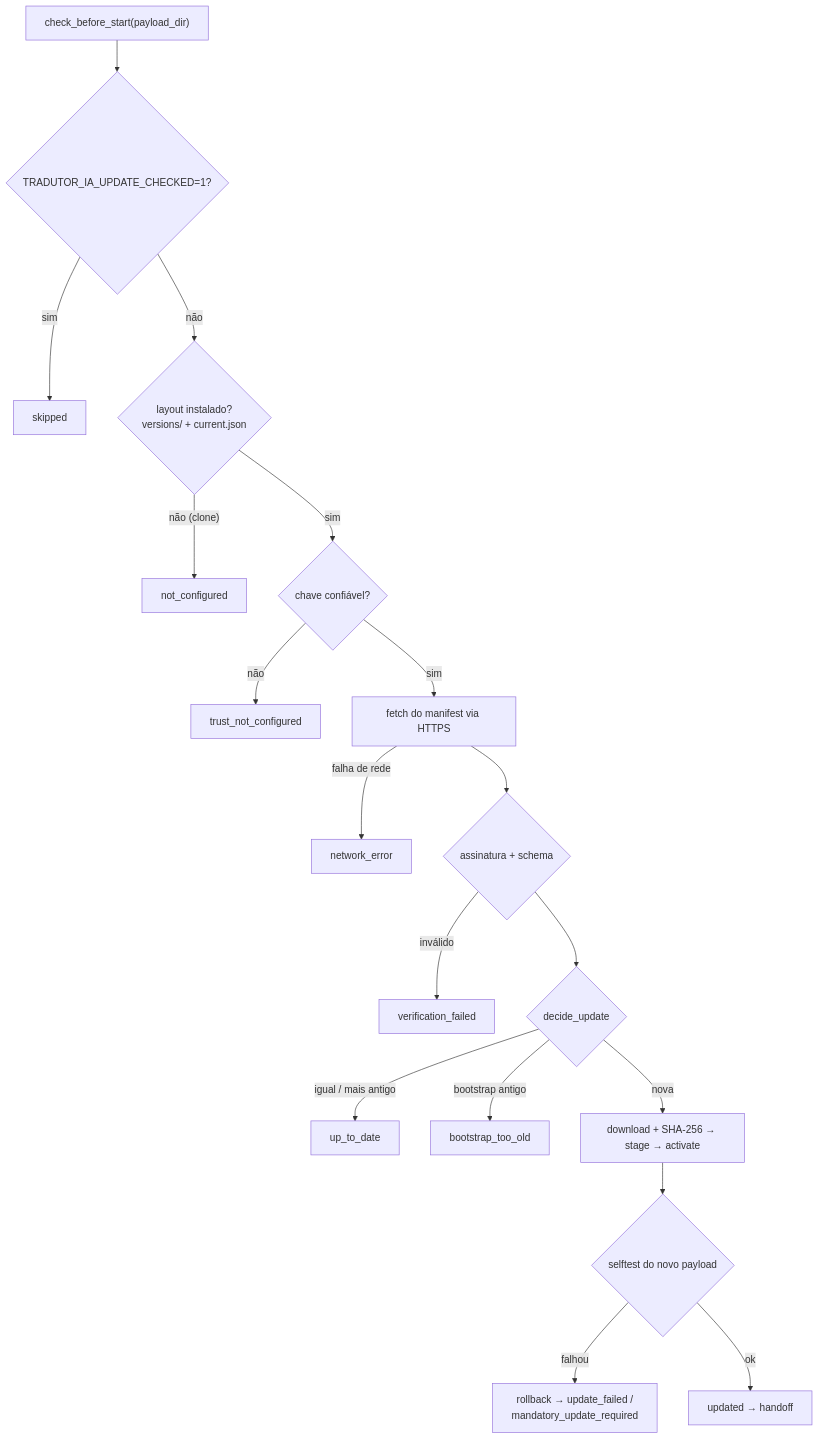
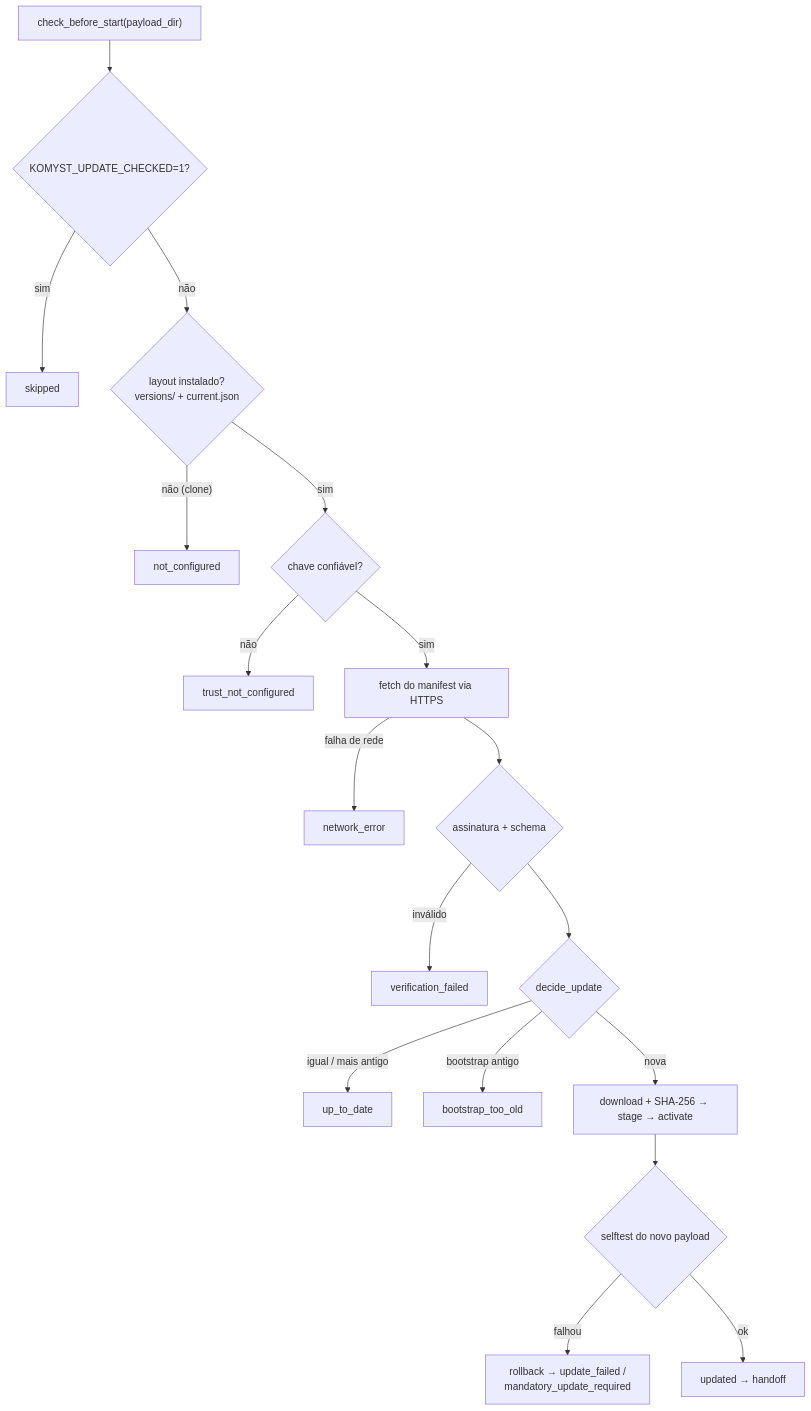
Diagram 16 of 17 in docs/technical/DOCUMENTACAO_TECNICA.md (HenriquePvAr/Yomu-Sekai), drawn with Mermaid before and after one commit. The commit also changed other lines of this file and 49 other files, not shown here.

````diff
--- a/docs/technical/DOCUMENTACAO_TECNICA.md
+++ b/docs/technical/DOCUMENTACAO_TECNICA.md
@@ -3197,20 +3196,20 @@
 ```mermaid
 flowchart TD
-    S["check_before_start(payload_dir)"] --> H{"TRADUTOR_IA_UPDATE_CHECKED=1?"}
+    S["check_before_start(payload_dir)"] --> H{"KOMYST_UPDATE_CHECKED=1?"}
     H -->|sim| SK[skipped]
     H -->|não| R{"layout instalado?<br/>versions/ + current.json"}
     R -->|"não (clone)"| NC[not_configured]
     R -->|sim| T{"chave confiável?"}
     T -->|não| TNC[trust_not_configured]
     T -->|sim| F[fetch do manifest via HTTPS]
     F -->|falha de rede| NE[network_error]
     F --> V{"assinatura + schema"}
     V -->|inválido| VF[verification_failed]
     V --> D{decide_update}
     D -->|"igual / mais antigo"| UTD[up_to_date]
     D -->|bootstrap antigo| BTO[bootstrap_too_old]
     D -->|nova| I["download + SHA-256 → stage → activate"]
     I --> ST{"selftest do novo payload"}
     ST -->|falhou| RB[rollback → update_failed /<br/>mandatory_update_required]
     ST -->|ok| UP["updated → handoff"]
 ```
````
